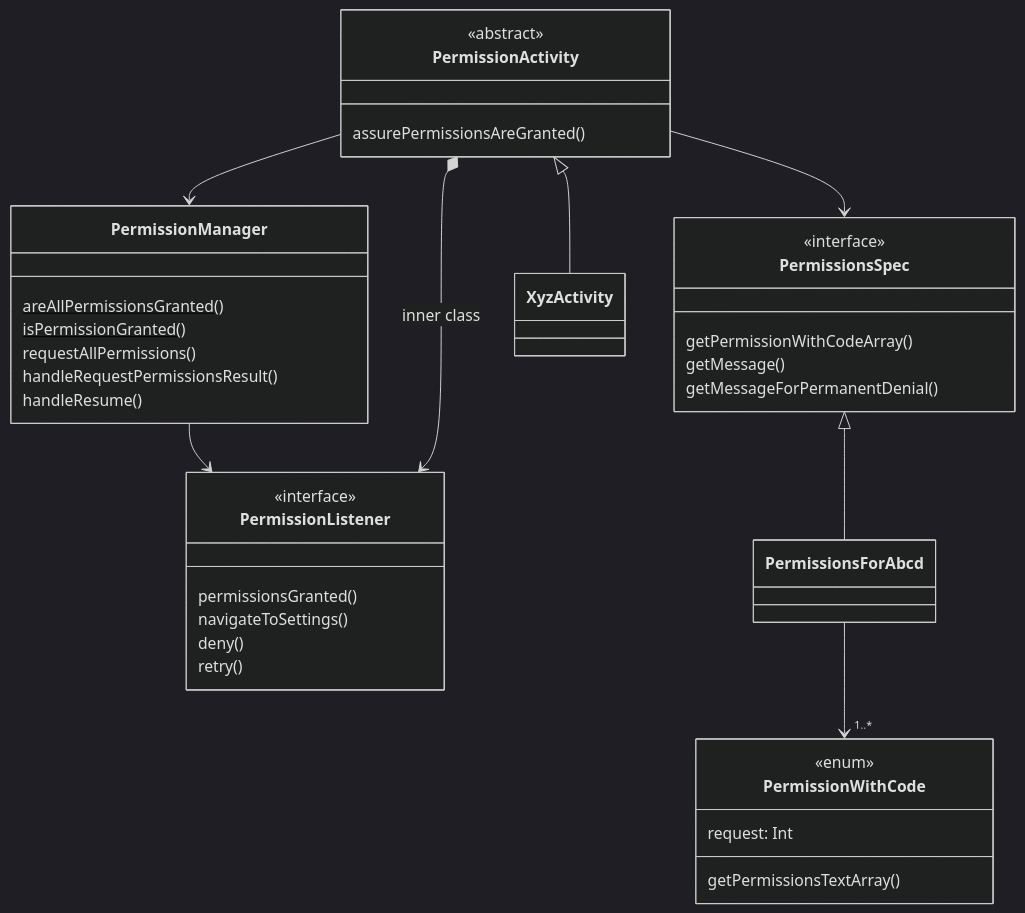
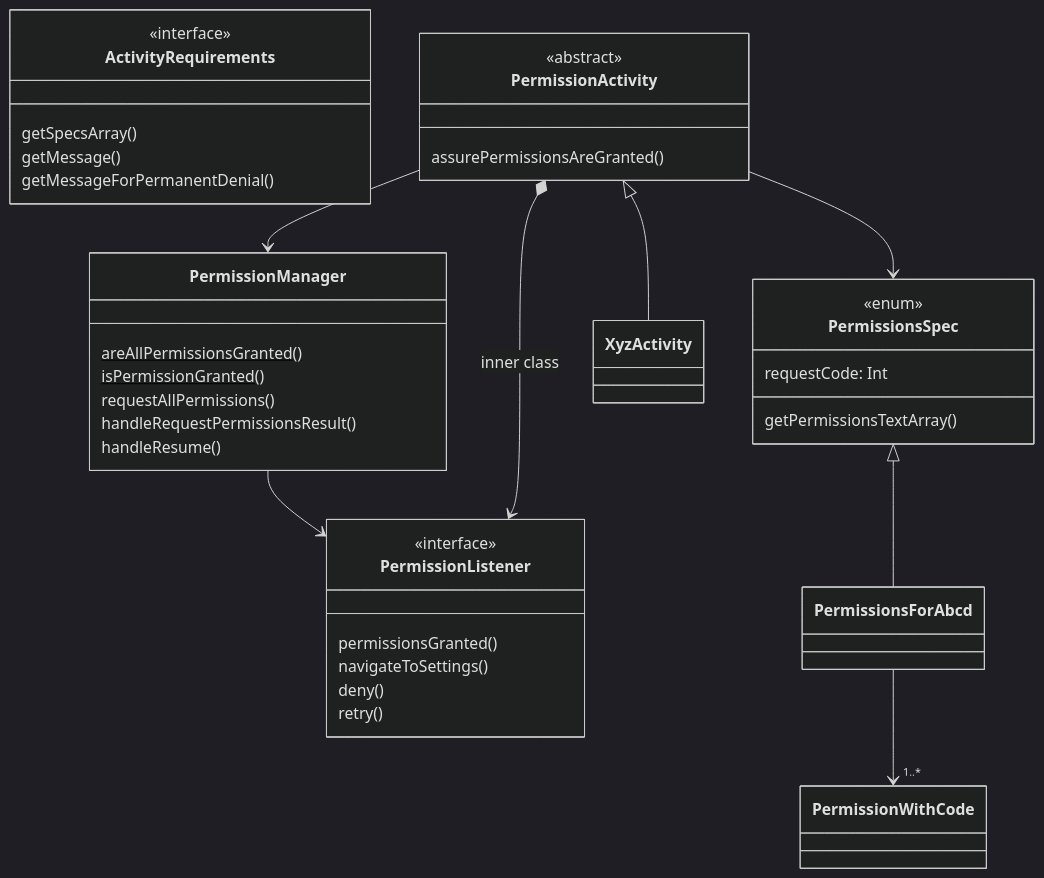
One commit to mjureczko/maly-poszukiwacz-skarbow changed the diagram in docs/permissions_class_diagram.mmd. Above: the diagram before and after it, drawn with Mermaid (dark theme). The commit also changed 6 other files, not shown here.

Commit message:
#25 some renaming and diagrams updated

```diff
--- a/docs/permissions_class_diagram.mmd
+++ b/docs/permissions_class_diagram.mmd
@@ -1,37 +1,37 @@
 classDiagram
-    class PermissionsSpec{
+    class ActivityRequirements{
         <<interface>>
-        getPermissionWithCodeArray()
+        getSpecsArray()
         getMessage()
         getMessageForPermanentDenial()
     }
     class PermissionActivity{
         <<abstract>>
         assurePermissionsAreGranted()
     }
-    class PermissionWithCode{
+    class PermissionsSpec{
         <<enum>>
-        request: Int
+        requestCode: Int
         getPermissionsTextArray()
     }
     class PermissionListener{
         <<interface>>
         permissionsGranted()
         navigateToSettings()
         deny()
         retry()
     }
     class PermissionManager{
         areAllPermissionsGranted()$
         isPermissionGranted()$
         requestAllPermissions()
         handleRequestPermissionsResult()
         handleResume()
     }
     PermissionActivity <|-- XyzActivity
     PermissionActivity --> PermissionManager
     PermissionActivity --> PermissionsSpec
     PermissionsSpec <|-- PermissionsForAbcd
     PermissionsForAbcd --> "1..*" PermissionWithCode
     PermissionManager --> PermissionListener
     PermissionActivity *--> PermissionListener : inner class
```
